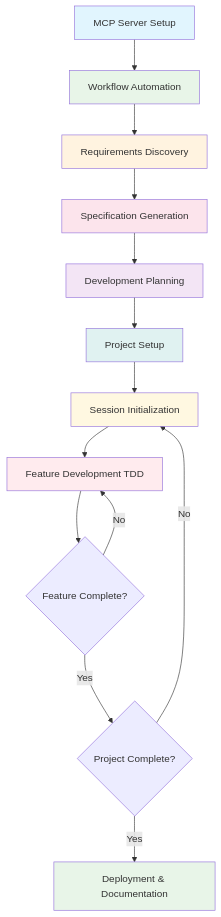
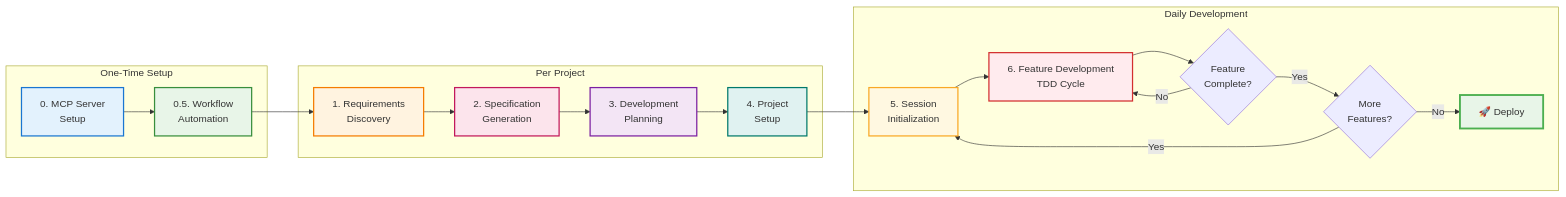
One commit to Mlitz/Claude-Code-Catalyst changed the diagram in README.md. Above: the diagram before and after it, drawn with Mermaid. The commit also changed other lines of this file, not shown here.

First line of the commit message:
docs: improve workflow diagram readability and organization

````diff
--- a/README.md
+++ b/README.md
@@ -76,25 +78,34 @@
 ```mermaid
-graph TD
-    A[MCP Server Setup] --> B[Workflow Automation]
-    B --> C[Requirements Discovery]
-    C --> D[Specification Generation]
-    D --> E[Development Planning]
-    E --> F[Project Setup]
-    F --> G[Session Initialization]
-    G --> H[Feature Development TDD]
-    H --> I{Feature Complete?}
-    I -->|No| H
-    I -->|Yes| J{Project Complete?}
-    J -->|No| G
-    J -->|Yes| K[Deployment & Documentation]
+graph LR
+    subgraph "One-Time Setup"
+        A[0. MCP Server<br/>Setup] --> B[0.5. Workflow<br/>Automation]
+    end
     
-    style A fill:#e1f5fe
-    style B fill:#e8f5e8
-    style C fill:#fff3e0
-    style D fill:#fce4ec
-    style E fill:#f3e5f5
-    style F fill:#e0f2f1
-    style G fill:#fff8e1
-    style H fill:#ffebee
-    style K fill:#e8f5e8
+    subgraph "Per Project"
+        C[1. Requirements<br/>Discovery] --> D[2. Specification<br/>Generation]
+        D --> E[3. Development<br/>Planning]
+        E --> F[4. Project<br/>Setup]
+    end
+    
+    subgraph "Daily Development"
+        G[5. Session<br/>Initialization] --> H[6. Feature Development<br/>TDD Cycle]
+        H --> I{Feature<br/>Complete?}
+        I -->|No| H
+        I -->|Yes| J{More<br/>Features?}
+        J -->|Yes| G
+        J -->|No| K[🚀 Deploy]
+    end
+    
+    B --> C
+    F --> G
+    
+    style A fill:#e3f2fd,stroke:#1976d2,stroke-width:2px
+    style B fill:#e8f5e8,stroke:#388e3c,stroke-width:2px
+    style C fill:#fff3e0,stroke:#f57c00,stroke-width:2px
+    style D fill:#fce4ec,stroke:#c2185b,stroke-width:2px
+    style E fill:#f3e5f5,stroke:#7b1fa2,stroke-width:2px
+    style F fill:#e0f2f1,stroke:#00796b,stroke-width:2px
+    style G fill:#fff8e1,stroke:#f9a825,stroke-width:2px
+    style H fill:#ffebee,stroke:#d32f2f,stroke-width:2px
+    style K fill:#e8f5e8,stroke:#4caf50,stroke-width:3px
 ```
````
